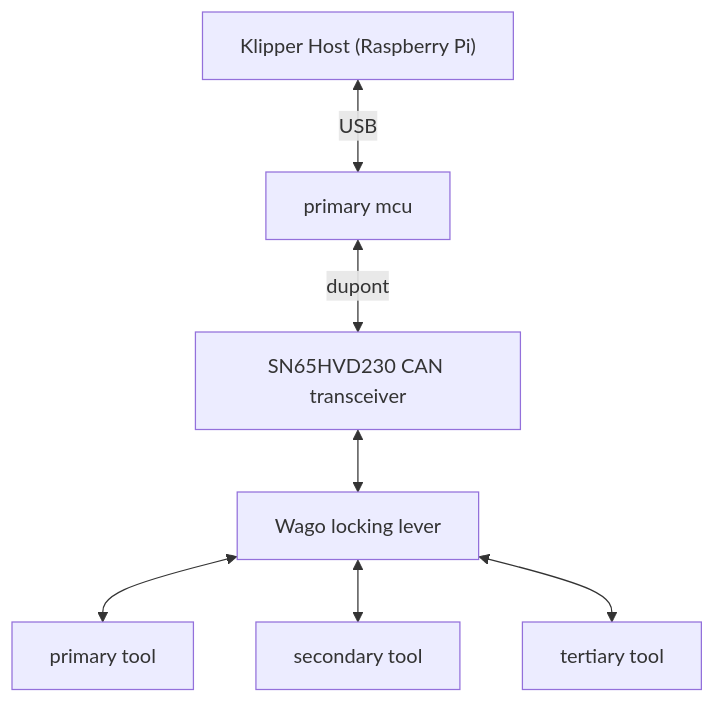
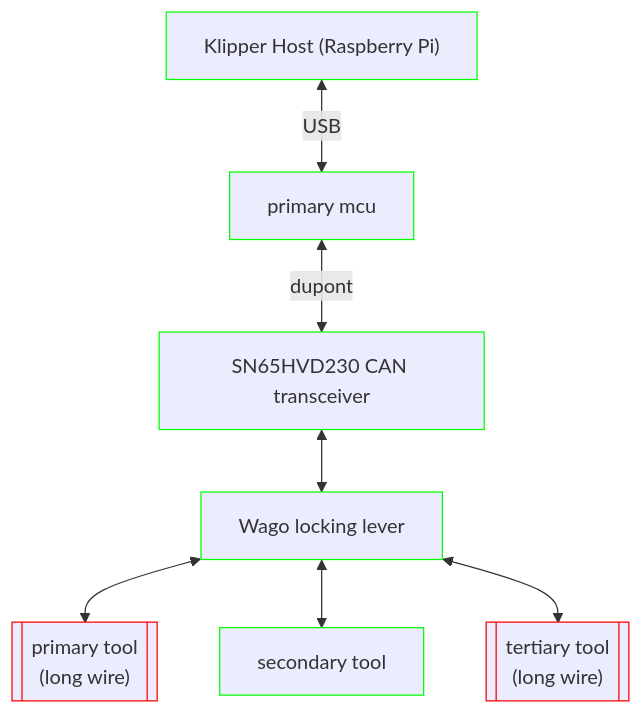
Before and after one commit to willpuckett/kb_can: the fifth of 9 diagrams in can.md, drawn with Mermaid. The commit also changed other lines of this file and 1 other file, not shown here.

````diff
--- a/can.md
+++ b/can.md
@@ -209,13 +239,19 @@
 ```mermaid
 graph TD;
-    sbc["Klipper Host (Raspberry Pi)"]
-    transceiver[SN65HVD230 CAN transceiver]
-    wago[Wago locking lever]
-    t0[primary tool]
-    t1[secondary tool]
-    t2[tertiary tool]
-    primary[primary mcu]
+    classDef term stroke:#f00
+    classDef can stroke:#0f0
+    classDef nc stroke:#00f
+
+    sbc["Klipper Host (Raspberry Pi)"]:::can
+    transceiver[SN65HVD230 CAN transceiver]:::can
+    wago[Wago locking lever]:::can
+    t0[["`primary tool
+    (long wire)`"]]:::term
+    t1[secondary tool]:::can
+    t2[["`tertiary tool
+    (long wire)`"]]:::term
+    primary[primary mcu]:::can
 
     sbc <--USB--> primary <--dupont--> transceiver
     transceiver <--> wago <--> t0 & t1 & t2
 ```
````
